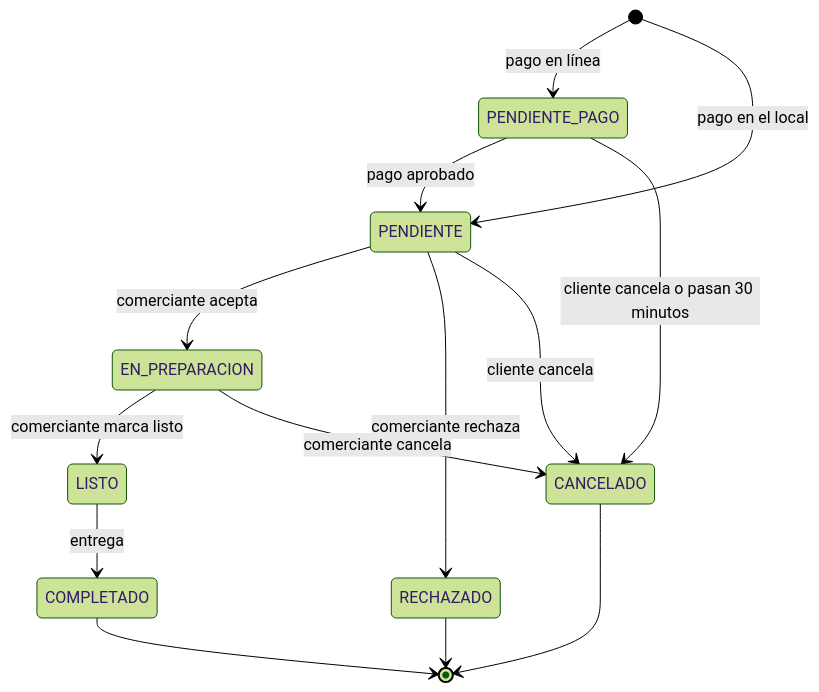
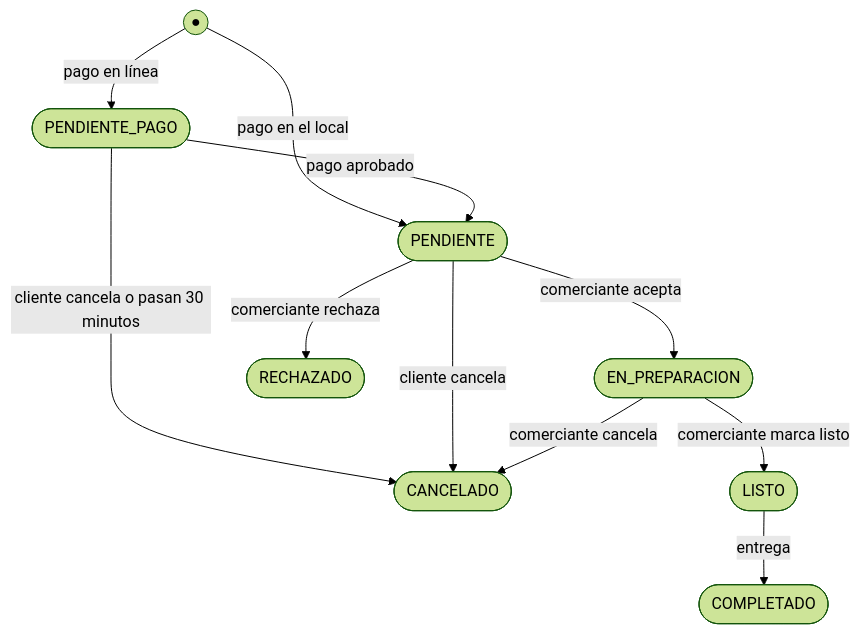
One commit to DavidPosso882/Trina changed the seventh of 16 diagrams in trina-design.md. Above: the diagram before and after it, drawn with Mermaid (forest theme). The commit also changed other lines of this file, not shown here.

Commit message:
Diagramas corregidos

````diff
--- a/trina-design.md
+++ b/trina-design.md
@@ -534,16 +538,13 @@
 ```mermaid
-stateDiagram-v2
-  [*] --> PENDIENTE_PAGO : pago en línea
-  [*] --> PENDIENTE : pago en el local
-  PENDIENTE_PAGO --> PENDIENTE : pago aprobado
-  PENDIENTE_PAGO --> CANCELADO : cliente cancela o pasan 30 minutos
-  PENDIENTE --> EN_PREPARACION : comerciante acepta
-  PENDIENTE --> RECHAZADO : comerciante rechaza
-  PENDIENTE --> CANCELADO : cliente cancela
-  EN_PREPARACION --> LISTO : comerciante marca listo
-  EN_PREPARACION --> CANCELADO : comerciante cancela
-  LISTO --> COMPLETADO : entrega
-  COMPLETADO --> [*]
-  RECHAZADO --> [*]
-  CANCELADO --> [*]
+flowchart TD
+  INI(("●")) -->|"pago en línea"| PPAGO(["PENDIENTE_PAGO"])
+  INI -->|"pago en el local"| PEND(["PENDIENTE"])
+  PPAGO -->|"pago aprobado"| PEND
+  PPAGO -->|"cliente cancela o pasan 30 minutos"| CANC(["CANCELADO"])
+  PEND -->|"comerciante acepta"| PREP(["EN_PREPARACION"])
+  PEND -->|"comerciante rechaza"| RECH(["RECHAZADO"])
+  PEND -->|"cliente cancela"| CANC
+  PREP -->|"comerciante marca listo"| LISTO(["LISTO"])
+  PREP -->|"comerciante cancela"| CANC
+  LISTO -->|"entrega"| COMP(["COMPLETADO"])
 ```
````
